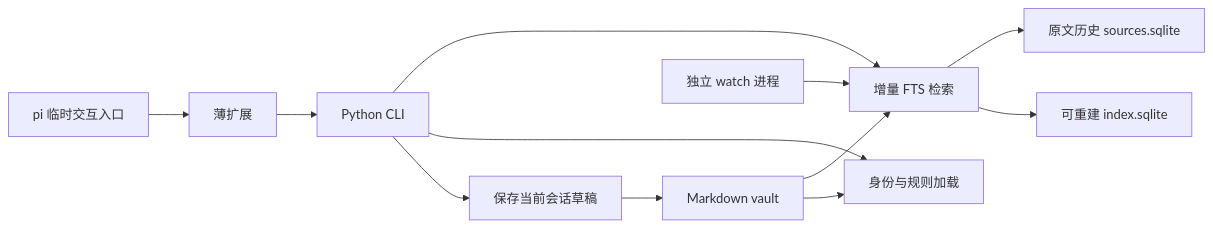
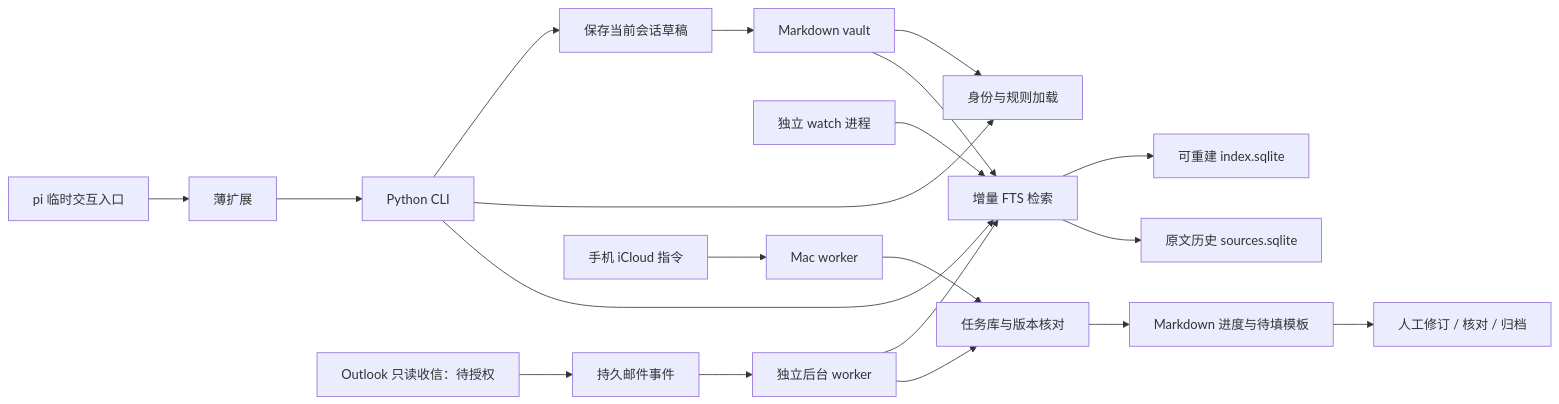
Before and after one commit to Batch777/oneAI: the diagram in docs/ARCHITECTURE.md, drawn with Mermaid. The commit also changed other lines of this file and 11 other files, not shown here.

````diff
--- a/docs/ARCHITECTURE.md
+++ b/docs/ARCHITECTURE.md
@@ -5,14 +5,22 @@
 ```mermaid
 flowchart LR
     PI[pi 临时交互入口] --> EXT[薄扩展]
     EXT --> CLI[Python CLI]
     CLI --> IDX[增量 FTS 检索]
     CLI --> CTX[身份与规则加载]
     CLI --> SAVE[保存当前会话草稿]
     MD[Markdown vault] --> IDX
     MD --> CTX
     IDX --> SNAP[原文历史 sources.sqlite]
     IDX --> CACHE[可重建 index.sqlite]
     SAVE --> MD
     WATCH[独立 watch 进程] --> IDX
+    MAIL[Outlook 只读收信：待授权] --> EVENTS[持久邮件事件]
+    EVENTS --> WORKER[独立后台 worker]
+    PHONE[手机 iCloud 指令] --> MAC[Mac worker]
+    MAC --> TASKS[任务库与版本核对]
+    WORKER --> TASKS
+    WORKER --> IDX
+    TASKS --> VIEW[Markdown 进度与待填模板]
+    VIEW --> REVIEW[人工修订 / 核对 / 归档]
 ```
````
